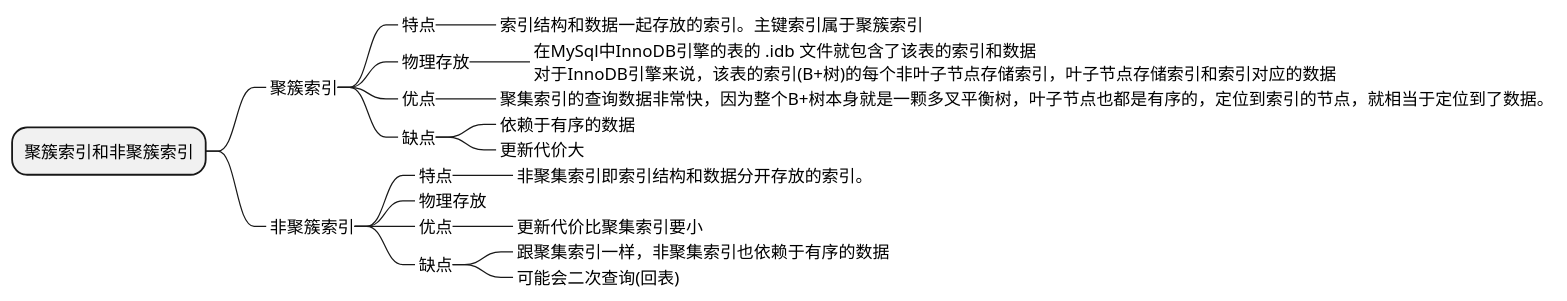
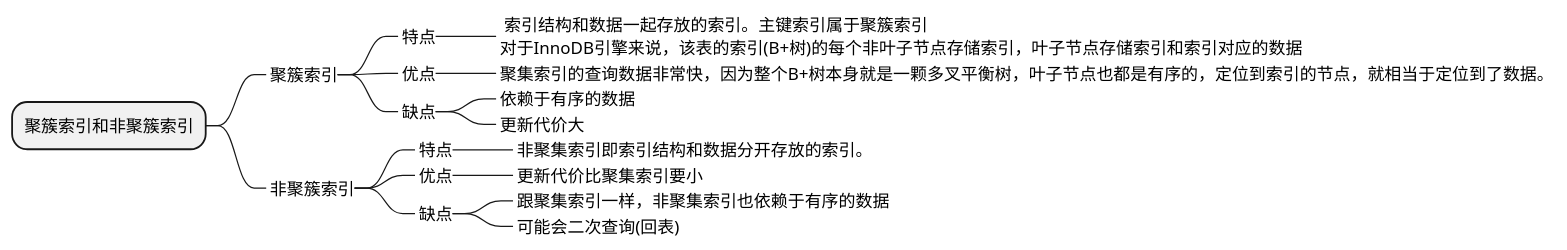
The eighth of 16 diagrams in 面试/数据库/mysql/mysql.md (yayaa-uuu/study), drawn with PlantUML before and after one commit. The commit also changed other lines of this file, not shown here.

````diff
--- a/面试/数据库/mysql/mysql.md
+++ b/面试/数据库/mysql/mysql.md
@@ -137,27 +137,24 @@
 ```plantuml
 @startmindmap
 * 聚簇索引和非聚簇索引
 **_ 聚簇索引
 ***_ 特点
-****_ 索引结构和数据一起存放的索引。主键索引属于聚簇索引
-***_ 物理存放
-****_:在MySql中InnoDB引擎的表的 .idb 文件就包含了该表的索引和数据
+****_: 索引结构和数据一起存放的索引。主键索引属于聚簇索引
 对于InnoDB引擎来说，该表的索引(B+树)的每个非叶子节点存储索引，叶子节点存储索引和索引对应的数据;
 ***_ 优点
 ****_ 聚集索引的查询数据非常快，因为整个B+树本身就是一颗多叉平衡树，叶子节点也都是有序的，定位到索引的节点，就相当于定位到了数据。
 ***_ 缺点
 ****_ 依赖于有序的数据 
 ****_ 更新代价大 
 
 **_ 非聚簇索引
 ***_ 特点
 ****_ 非聚集索引即索引结构和数据分开存放的索引。
-***_ 物理存放
 ***_ 优点
 ****_ 更新代价比聚集索引要小 
 ***_ 缺点
 ****_ 跟聚集索引一样，非聚集索引也依赖于有序的数据
 ****_ 可能会二次查询(回表)
 
 @endmindmap
 ```
````
